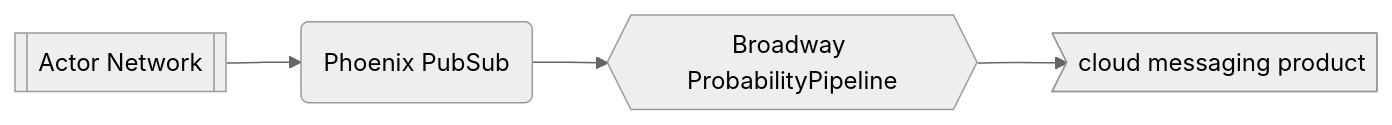
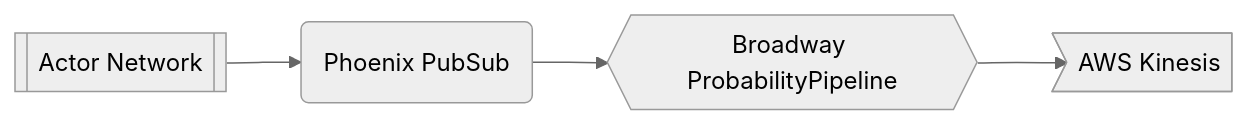
One commit to andrewoswald/off_broadway_offerings changed the eighth of 9 diagrams in README.md. Above: the diagram before and after it, drawn with Mermaid (neutral theme). The commit also changed other lines of this file, not shown here.

````diff
--- a/README.md
+++ b/README.md
@@ -193,4 +196,4 @@
 ```mermaid
 flowchart LR
-  id6[[Actor Network]]-->id3(Phoenix PubSub)-->id5{{Broadway ProbabilityPipeline}}-->cloud_provider>cloud messaging product]
+  id6[[Actor Network]]-->id3(Phoenix PubSub)-->id5{{Broadway ProbabilityPipeline}}-->aws>AWS Kinesis]
 ```
````
